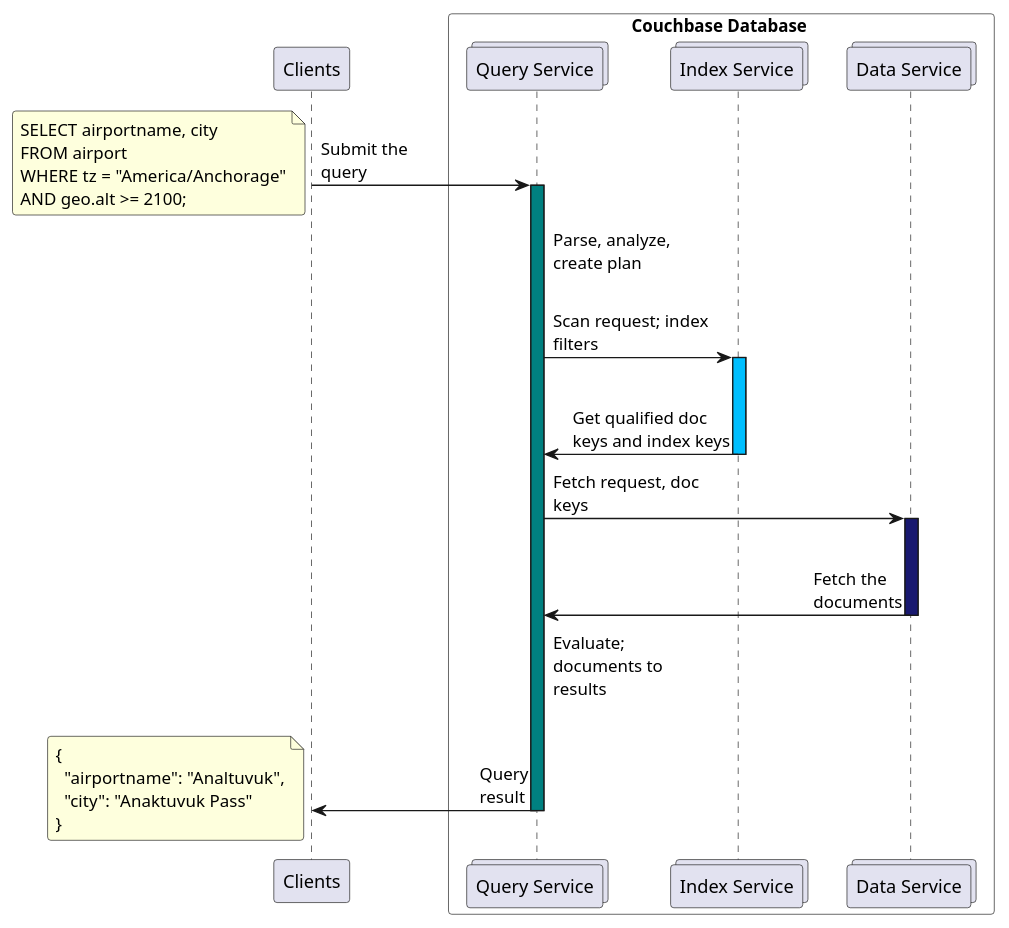
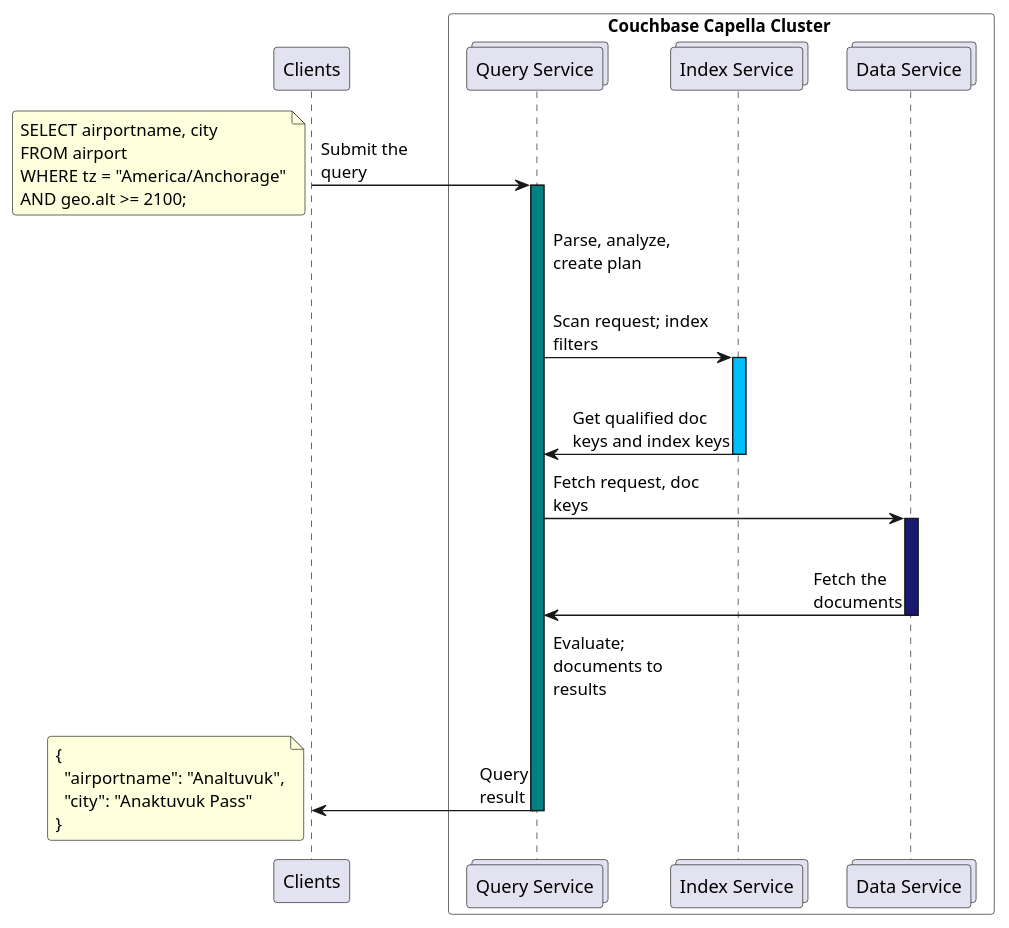
The diagram in modules/learn/partials/diagrams/query-execution.puml (couchbaselabs/docs-devex), drawn with PlantUML before and after one commit. The commit also changed 56 other files, not shown here.

First line of the commit message:
AV-84193: Change database to cluster in Capella devex docs (#267)

```diff
--- a/modules/learn/partials/diagrams/query-execution.puml
+++ b/modules/learn/partials/diagrams/query-execution.puml
@@ -1,63 +1,63 @@
 @startuml query_execution
 
 skinparam maxMessageSize 125
 skinparam roundcorner 5
 skinparam responseMessageBelowArrow true
 skinparam sequenceMessageAlign direction
 skinparam ParticipantPadding 10
 skinparam BoxPadding 60
 skinparam box {
 BackgroundColor PaleGreen
 ArrowColor SeaGreen
 BorderColor SpringGreen
 }
 
 participant Clients
 
-box Couchbase Database #White
+box Couchbase Capella Cluster #White
 collections "Query Service" as Query
 collections "Index Service" as Index
 collections "Data Service" as Data
 end box
 
 Clients -> Query: Submit the\nquery
 activate Query #teal
 ' tag::example[]
 note left
   SELECT airportname, city
   FROM airport
   WHERE tz = "America/Anchorage"
   AND geo.alt >= 2100;
 end note
 ' end::example[]
 
 Query -[#transparent]-> Query: Parse, analyze, create plan
 
 Query -> Index: Scan request; index filters
 activate Index #deepskyblue
 |||
 Index -> Query: Get qualified doc keys and index keys
 deactivate Index
 
 ' tag::fetch[]
 Query -> Data: Fetch request, doc keys
 activate Data #midnightblue
 |||
 Data -> Query: Fetch the\ndocuments
 deactivate Data
 ' end::fetch[]
 
 Query -[#transparent]> Query: Evaluate; documents to results
 
 Query -> Clients: Query\nresult
 deactivate Query
 ' tag::example[]
 note left
   {
     "airportname": "Analtuvuk",
     "city": "Anaktuvuk Pass"
   }
 end note
 ' end::example[]
 
 @enduml
```
